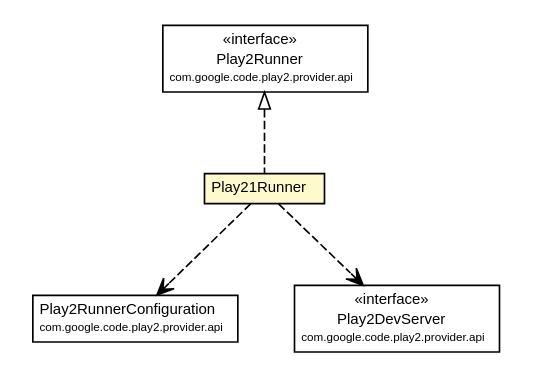
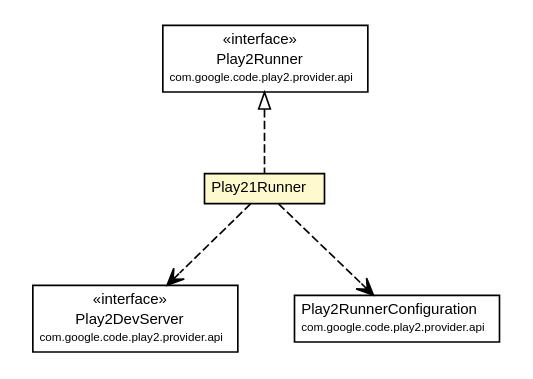
One commit to play2-maven-plugin/play2-maven-plugin.github.io changed the diagram in play2-maven-plugin/1.0.0-beta6-SNAPSHOT/play2-providers/play2-provider-play21/apidocs/com/google/code/play2/provider/play21/Play21Runner.dot. Above: the diagram before and after it, drawn with Graphviz. The commit also changed 1097 other files, not shown here.

```diff
--- a/play2-maven-plugin/1.0.0-beta6-SNAPSHOT/play2-providers/play2-provider-play21/apidocs/com/google/code/play2/provider/play21/Play21Runner.dot
+++ b/play2-maven-plugin/1.0.0-beta6-SNAPSHOT/play2-providers/play2-provider-play21/apidocs/com/google/code/play2/provider/play21/Play21Runner.dot
@@ -1,47 +1,47 @@
 #!/usr/local/bin/dot
 #
 # Class diagram 
 # Generated by UMLGraph version R5_6-24-gf6e263 (http://www.umlgraph.org/)
 #
 
 digraph G {
 	edge [fontname="arial",fontsize=10,labelfontname="arial",labelfontsize=10];
 	node [fontname="arial",fontsize=10,shape=plaintext];
 	nodesep=0.25;
 	ranksep=0.5;
 	// com.google.code.play2.provider.play21.Play21Runner
 	c218 [label=<<table title="com.google.code.play2.provider.play21.Play21Runner" border="0" cellborder="1" cellspacing="0" cellpadding="2" port="p" bgcolor="lemonChiffon" href="./Play21Runner.html">
 		<tr><td><table border="0" cellspacing="0" cellpadding="1">
 <tr><td align="center" balign="center"> Play21Runner </td></tr>
 		</table></td></tr>
 		</table>>, URL="./Play21Runner.html", fontname="arial", fontcolor="black", fontsize=9.0];
 	//com.google.code.play2.provider.play21.Play21Runner implements com.google.code.play2.provider.api.Play2Runner
 	c229:p -> c218:p [dir=back,arrowtail=empty,style=dashed];
+	// com.google.code.play2.provider.play21.Play21Runner DEPEND com.google.code.play2.provider.api.Play2DevServer
+	c218:p -> c231:p [taillabel="", label="", headlabel="", fontname="arial", fontcolor="black", fontsize=10.0, color="black", arrowhead=open, style=dashed];
 	// com.google.code.play2.provider.play21.Play21Runner DEPEND com.google.code.play2.provider.api.Play2RunnerConfiguration
-	c218:p -> c233:p [taillabel="", label="", headlabel="", fontname="arial", fontcolor="black", fontsize=10.0, color="black", arrowhead=open, style=dashed];
-	// com.google.code.play2.provider.play21.Play21Runner DEPEND com.google.code.play2.provider.api.Play2DevServer
-	c218:p -> c235:p [taillabel="", label="", headlabel="", fontname="arial", fontcolor="black", fontsize=10.0, color="black", arrowhead=open, style=dashed];
+	c218:p -> c234:p [taillabel="", label="", headlabel="", fontname="arial", fontcolor="black", fontsize=10.0, color="black", arrowhead=open, style=dashed];
 	// com.google.code.play2.provider.api.Play2RunnerConfiguration
-	c233 [label=<<table title="com.google.code.play2.provider.api.Play2RunnerConfiguration" border="0" cellborder="1" cellspacing="0" cellpadding="2" port="p">
+	c234 [label=<<table title="com.google.code.play2.provider.api.Play2RunnerConfiguration" border="0" cellborder="1" cellspacing="0" cellpadding="2" port="p">
 		<tr><td><table border="0" cellspacing="0" cellpadding="1">
 <tr><td align="center" balign="center"> Play2RunnerConfiguration </td></tr>
 <tr><td align="center" balign="center"><font point-size="7.0"> com.google.code.play2.provider.api </font></td></tr>
 		</table></td></tr>
 		</table>>, URL="null", fontname="arial", fontcolor="black", fontsize=9.0];
 	// com.google.code.play2.provider.api.Play2DevServer
-	c235 [label=<<table title="com.google.code.play2.provider.api.Play2DevServer" border="0" cellborder="1" cellspacing="0" cellpadding="2" port="p">
+	c231 [label=<<table title="com.google.code.play2.provider.api.Play2DevServer" border="0" cellborder="1" cellspacing="0" cellpadding="2" port="p">
 		<tr><td><table border="0" cellspacing="0" cellpadding="1">
 <tr><td align="center" balign="center"> &#171;interface&#187; </td></tr>
 <tr><td align="center" balign="center"> Play2DevServer </td></tr>
 <tr><td align="center" balign="center"><font point-size="7.0"> com.google.code.play2.provider.api </font></td></tr>
 		</table></td></tr>
 		</table>>, URL="null", fontname="arial", fontcolor="black", fontsize=9.0];
 	// com.google.code.play2.provider.api.Play2Runner
 	c229 [label=<<table title="com.google.code.play2.provider.api.Play2Runner" border="0" cellborder="1" cellspacing="0" cellpadding="2" port="p">
 		<tr><td><table border="0" cellspacing="0" cellpadding="1">
 <tr><td align="center" balign="center"> &#171;interface&#187; </td></tr>
 <tr><td align="center" balign="center"> Play2Runner </td></tr>
 <tr><td align="center" balign="center"><font point-size="7.0"> com.google.code.play2.provider.api </font></td></tr>
 		</table></td></tr>
 		</table>>, URL="null", fontname="arial", fontcolor="black", fontsize=9.0];
 }
```
